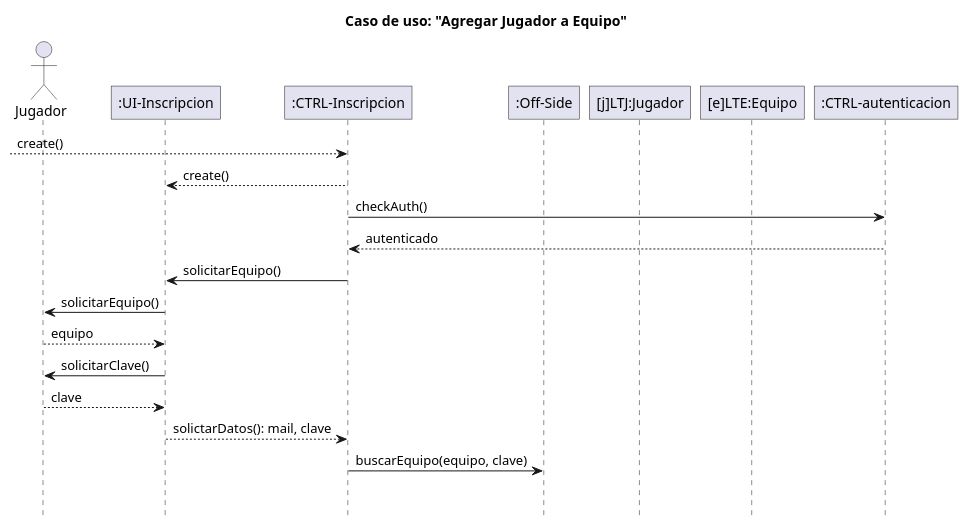
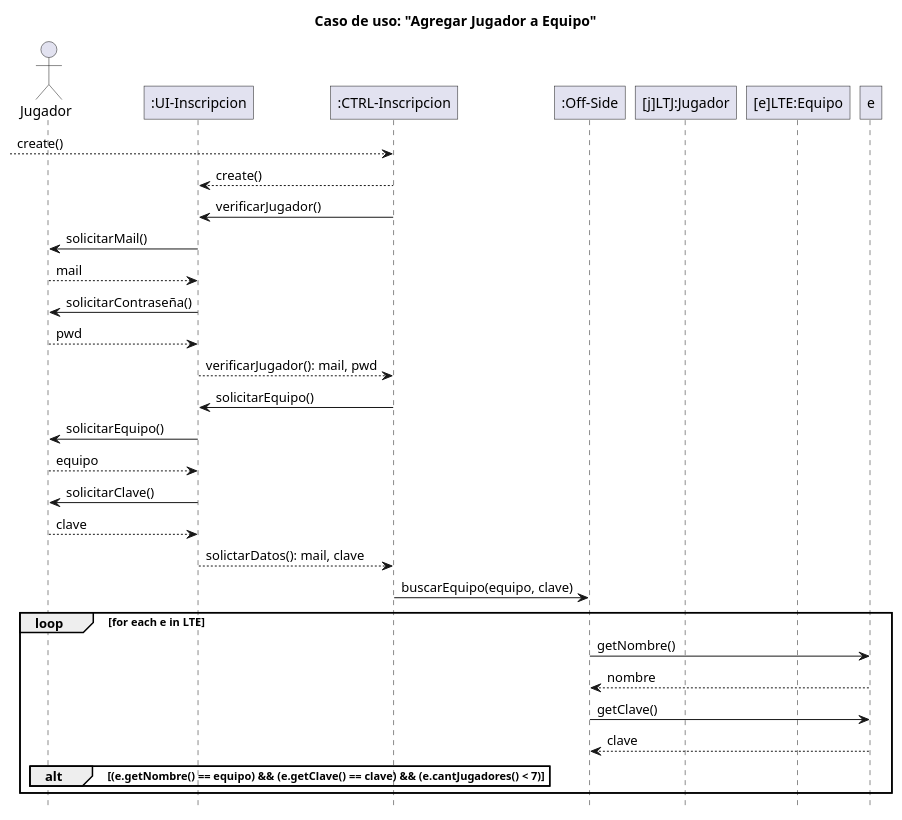
The second of 2 diagrams in Modelos parciales/modelo 2.md (Z0SO/UML-Practice), drawn with PlantUML before and after one commit.

Commit message:
bkp -> 2024-07-03 15:28:19

````diff
--- a/Modelos parciales/modelo 2.md
+++ b/Modelos parciales/modelo 2.md
@@ -127,63 +127,75 @@
 ```plantuml
 @startuml
 
 hide footbox
 
 skinparam participant {
   RoundCorner 0
 }
 
 title Caso de uso: "Agregar Jugador a Equipo"
 
 
 actor "Jugador" as jugador
 
 participant ":UI-Inscripcion" as ui
 
 participant ":CTRL-Inscripcion" as controlador
 controlador <---[: create()
 
 
 participant ":Off-Side" as sistema
 
 participant "[j]LTJ:Jugador" as jugadorLTJ
 
 participant "[e]LTE:Equipo" as equipoLTE
 
 
-participant ":CTRL-autenticacion" as auth
+' participant ":CTRL-autenticacion" as auth
 
 
 controlador --> ui : create()
 
+controlador -> ui : verificarJugador()
+ui -> jugador : solicitarMail()
+jugador --> ui : mail
+ui -> jugador : solicitarContraseña()
+jugador --> ui : pwd
 
-' el jugador debe estar autenticado
-
-controlador -> auth : checkAuth()
-auth --> controlador : autenticado
-
+ui --> controlador : verificarJugador(): mail, pwd
 
 ' indicar el nombre del equipo y la clave de inscripción proporcionada por el responsable del equipo
 
 controlador -> ui : solicitarEquipo()
 
 ui -> jugador : solicitarEquipo()
 jugador --> ui : equipo
 
 ui -> jugador : solicitarClave()
 jugador --> ui : clave
 
 ui --> controlador : solictarDatos(): mail, clave
 
 
 ' hacer la busqueda de el equipo que 
 
 controlador -> sistema : buscarEquipo(equipo, clave)
 
 ' armar un for each para iterar sobre los equipos y buscar el equipo que coincida con el nombre y la clave
 
+
 loop for each e in LTE
-    
+   sistema -> e : getNombre()
+    e --> sistema : nombre
+    sistema -> e : getClave()
+    e --> sistema : clave
+
+    ' si coniciden los nombres se tendria que agregar al equipo el jugador
+    alt (e.getNombre() == equipo) && (e.getClave() == clave) && (e.cantJugadores() < 7)
+        
+    end
+
+end
 
 @enduml
 ```
````
